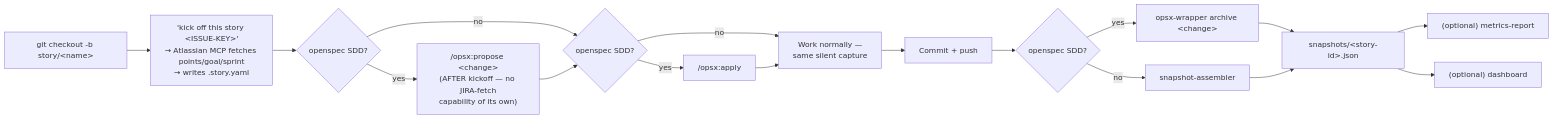
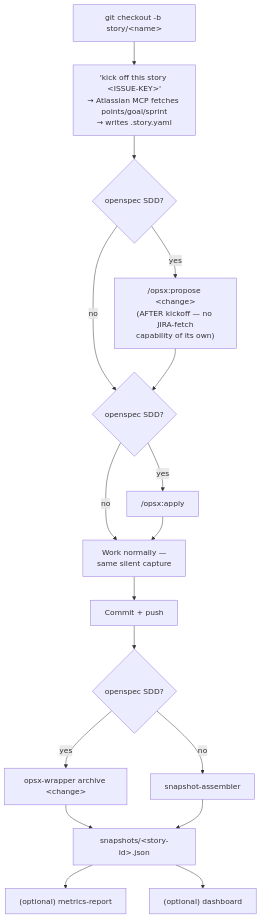
Before and after one commit to jayanthchincholi26/ai-project-metrics-bmad: the second of 2 diagrams in docs/flow-diagrams.md, drawn with Mermaid. The commit also changed other lines of this file and 11 other files, not shown here.

````diff
--- a/docs/flow-diagrams.md
+++ b/docs/flow-diagrams.md
@@ -30,19 +30,19 @@
 ```mermaid
-flowchart LR
+flowchart
     A["git checkout -b story/&lt;name&gt;"] --> B["'kick off this story &lt;ISSUE-KEY&gt;'<br/>→ Atlassian MCP fetches points/goal/sprint<br/>→ writes .story.yaml"]
     B --> C{"openspec SDD?"}
     C -- yes --> D["/opsx:propose &lt;change&gt;<br/>(AFTER kickoff — no JIRA-fetch<br/>capability of its own)"]
     C -- no --> E
     D --> E{"openspec SDD?"}
     E -- yes --> F["/opsx:apply"]
     E -- no --> G
     F --> G["Work normally —<br/>same silent capture"]
     G --> H["Commit + push"]
     H --> I{"openspec SDD?"}
     I -- yes --> J["opsx-wrapper archive &lt;change&gt;"]
     I -- no --> K["snapshot-assembler"]
     J --> L["snapshots/&lt;story-id&gt;.json"]
     K --> L
     L --> M["(optional) metrics-report"]
     L --> N["(optional) dashboard"]
 ```
````
